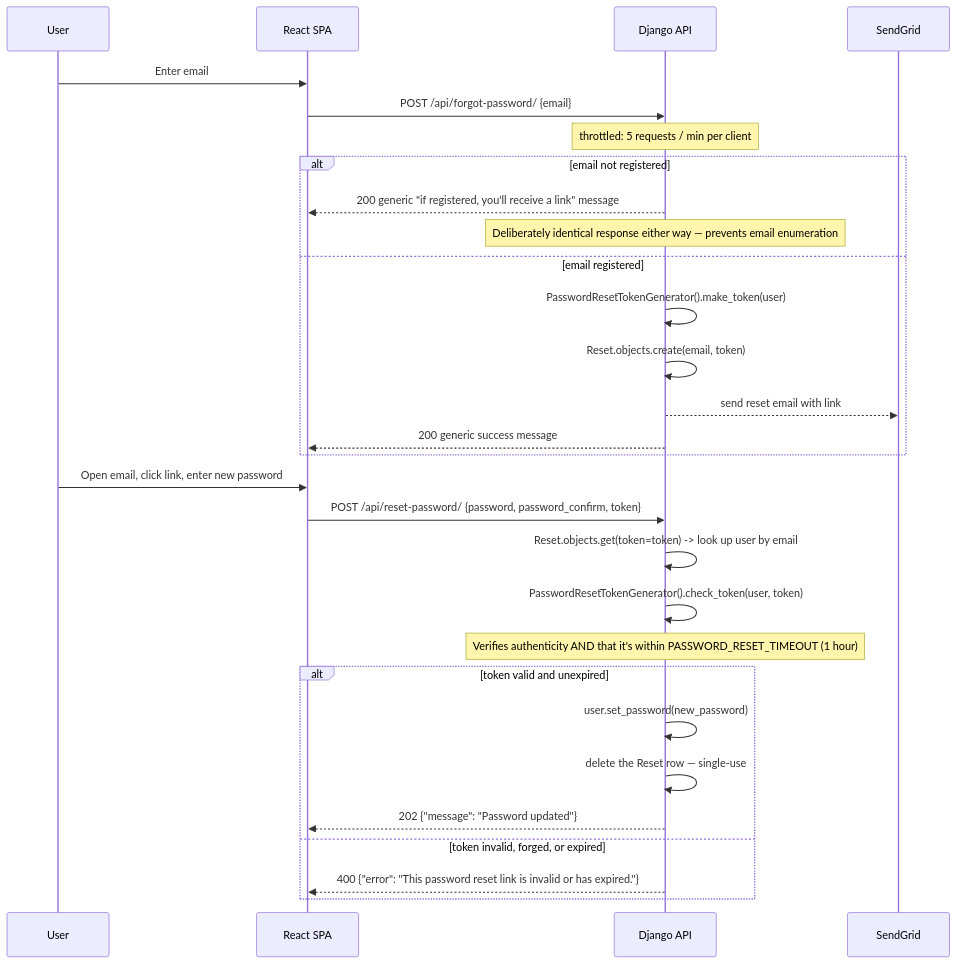
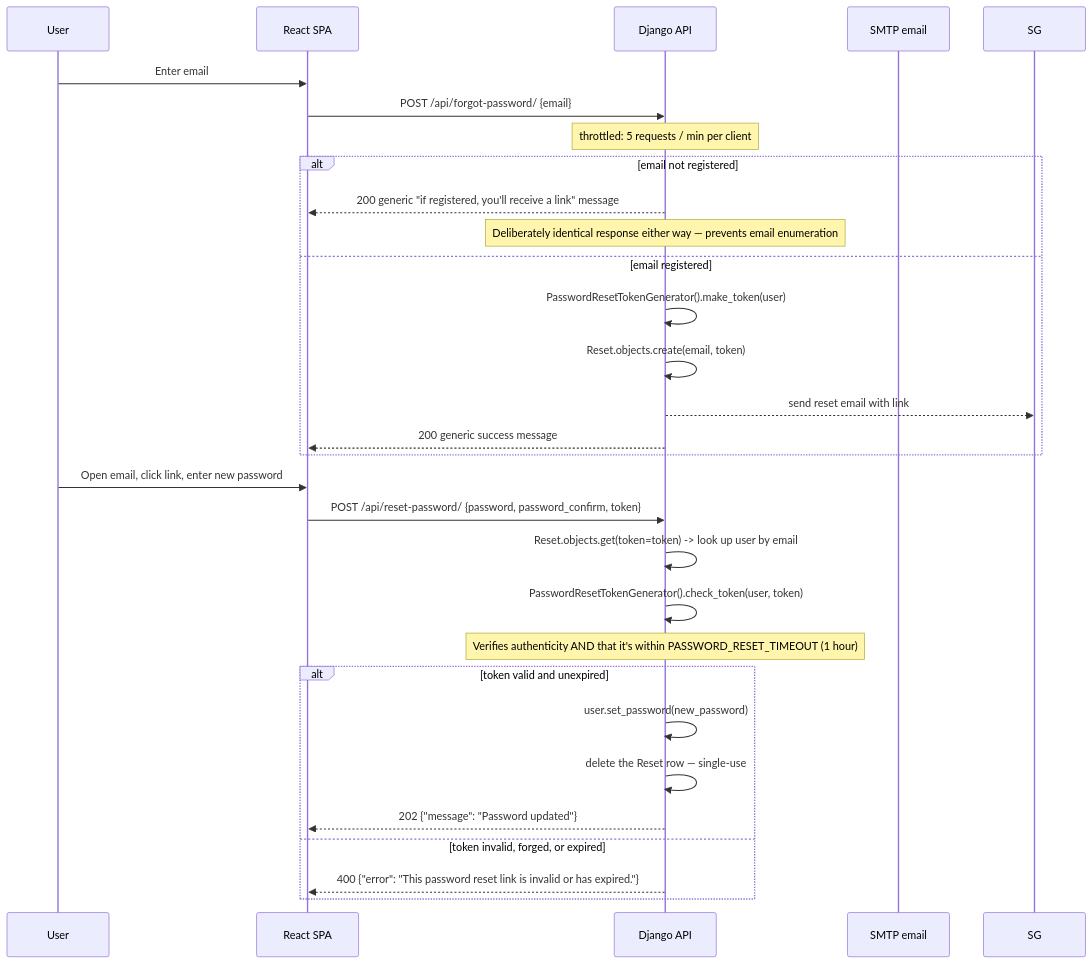
Before and after one commit to anthonynarine/django_auth: the sixth of 7 diagrams in docs/AUTH_FLOWS.md, drawn with Mermaid. The commit also changed other lines of this file and 11 other files, not shown here.

````diff
--- a/docs/AUTH_FLOWS.md
+++ b/docs/AUTH_FLOWS.md
@@ -136,33 +136,33 @@
 ```mermaid
 sequenceDiagram
     participant U as User
     participant FE as React SPA
     participant API as Django API
-    participant SG as SendGrid
+    participant SMTP as SMTP email
 
     U->>FE: Enter email
     FE->>API: POST /api/forgot-password/ {email}
     Note over API: throttled: 5 requests / min per client
     alt email not registered
         API-->>FE: 200 generic "if registered, you'll receive a link" message
         Note over API: Deliberately identical response either way — prevents email enumeration
     else email registered
         API->>API: PasswordResetTokenGenerator().make_token(user)
         API->>API: Reset.objects.create(email, token)
         API-->>SG: send reset email with link
         API-->>FE: 200 generic success message
     end
 
     U->>FE: Open email, click link, enter new password
     FE->>API: POST /api/reset-password/ {password, password_confirm, token}
     API->>API: Reset.objects.get(token=token) -> look up user by email
     API->>API: PasswordResetTokenGenerator().check_token(user, token)
     Note over API: Verifies authenticity AND that it's within PASSWORD_RESET_TIMEOUT (1 hour)
     alt token valid and unexpired
         API->>API: user.set_password(new_password)
         API->>API: delete the Reset row — single-use
         API-->>FE: 202 {"message": "Password updated"}
     else token invalid, forged, or expired
         API-->>FE: 400 {"error": "This password reset link is invalid or has expired."}
     end
 ```
````
